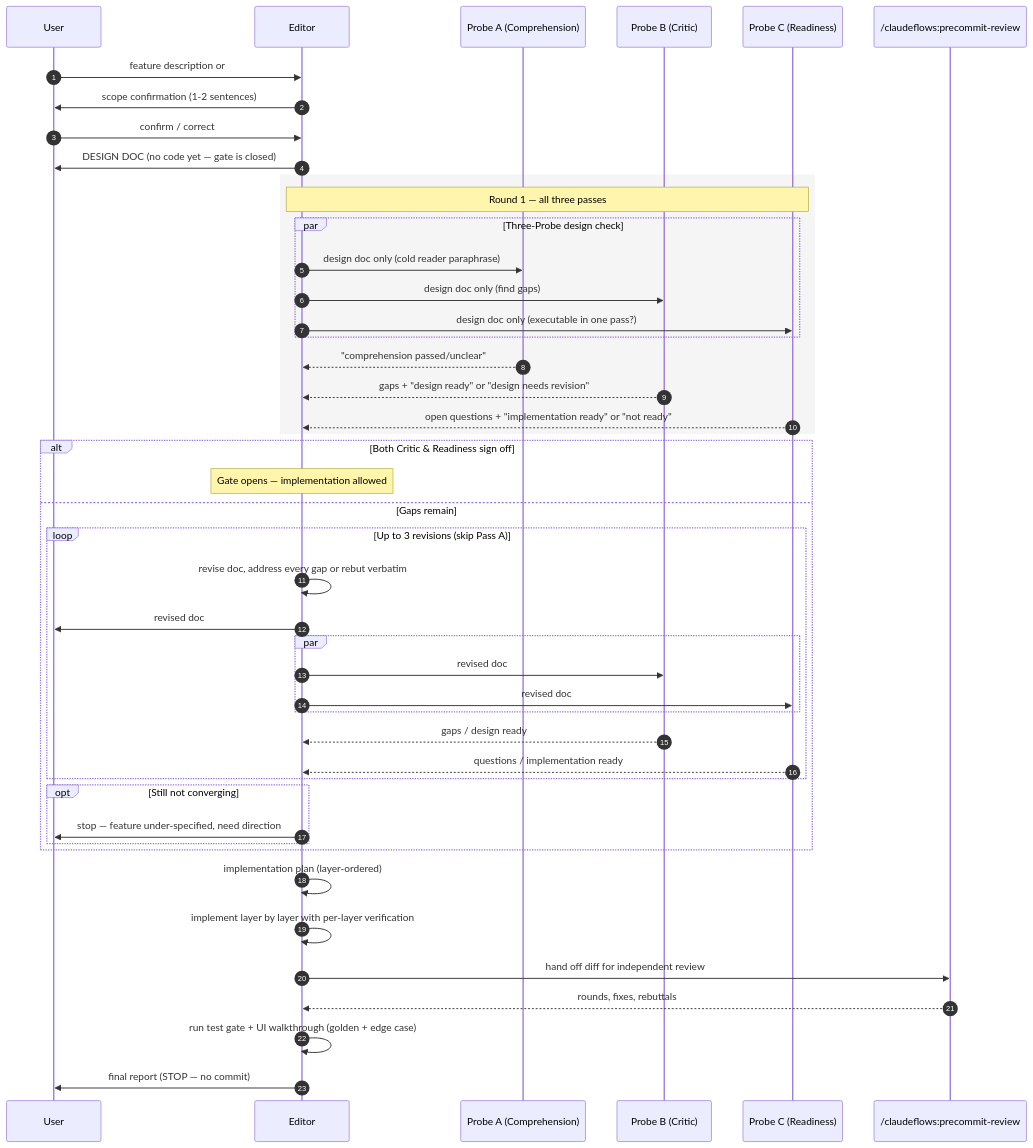
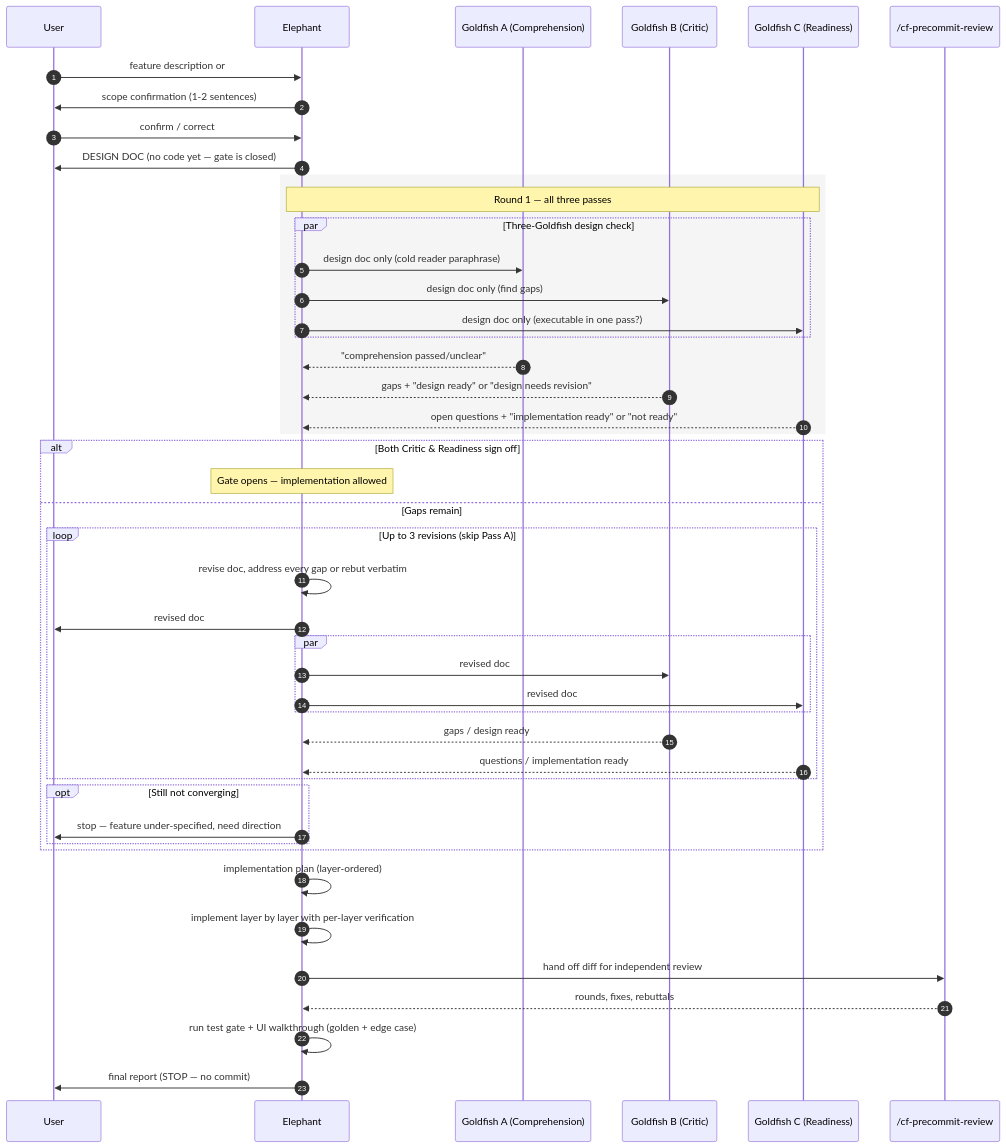
One commit to OmniPragmatic/claudeflows changed the fourth of 6 diagrams in README.md. Above: the diagram before and after it, drawn with Mermaid. The commit also changed other lines of this file and 7 other files, not shown here.

First line of the commit message:
Refactor claudeflows plugin to adopt Elephant/Goldfish terminology across all skills and documentation

````diff
--- a/README.md
+++ b/README.md
@@ -194,52 +194,52 @@
 ```mermaid
 sequenceDiagram
     autonumber
     participant U as User
-    participant E as Editor
-    participant PA as Probe A (Comprehension)
-    participant PB as Probe B (Critic)
-    participant PC as Probe C (Readiness)
-    participant PR as /claudeflows:precommit-review
+    participant E as Elephant
+    participant PA as Goldfish A (Comprehension)
+    participant PB as Goldfish B (Critic)
+    participant PC as Goldfish C (Readiness)
+    participant PR as /cf-precommit-review
 
     U->>E: feature description or #issue
     E->>U: scope confirmation (1-2 sentences)
     U->>E: confirm / correct
     E->>U: DESIGN DOC (no code yet — gate is closed)
 
     rect rgb(245,245,245)
     Note over E,PC: Round 1 — all three passes
-    par Three-Probe design check
+    par Three-Goldfish design check
         E->>PA: design doc only (cold reader paraphrase)
         E->>PB: design doc only (find gaps)
         E->>PC: design doc only (executable in one pass?)
     end
     PA-->>E: "comprehension passed/unclear"
     PB-->>E: gaps + "design ready" or "design needs revision"
     PC-->>E: open questions + "implementation ready" or "not ready"
     end
 
     alt Both Critic & Readiness sign off
         Note over E: Gate opens — implementation allowed
     else Gaps remain
         loop Up to 3 revisions (skip Pass A)
             E->>E: revise doc, address every gap or rebut verbatim
             E->>U: revised doc
             par
                 E->>PB: revised doc
                 E->>PC: revised doc
             end
             PB-->>E: gaps / design ready
             PC-->>E: questions / implementation ready
         end
         opt Still not converging
             E->>U: stop — feature under-specified, need direction
         end
     end
 
     E->>E: implementation plan (layer-ordered)
     E->>E: implement layer by layer with per-layer verification
     E->>PR: hand off diff for independent review
     PR-->>E: rounds, fixes, rebuttals
     E->>E: run test gate + UI walkthrough (golden + edge case)
     E->>U: final report (STOP — no commit)
 ```
````
